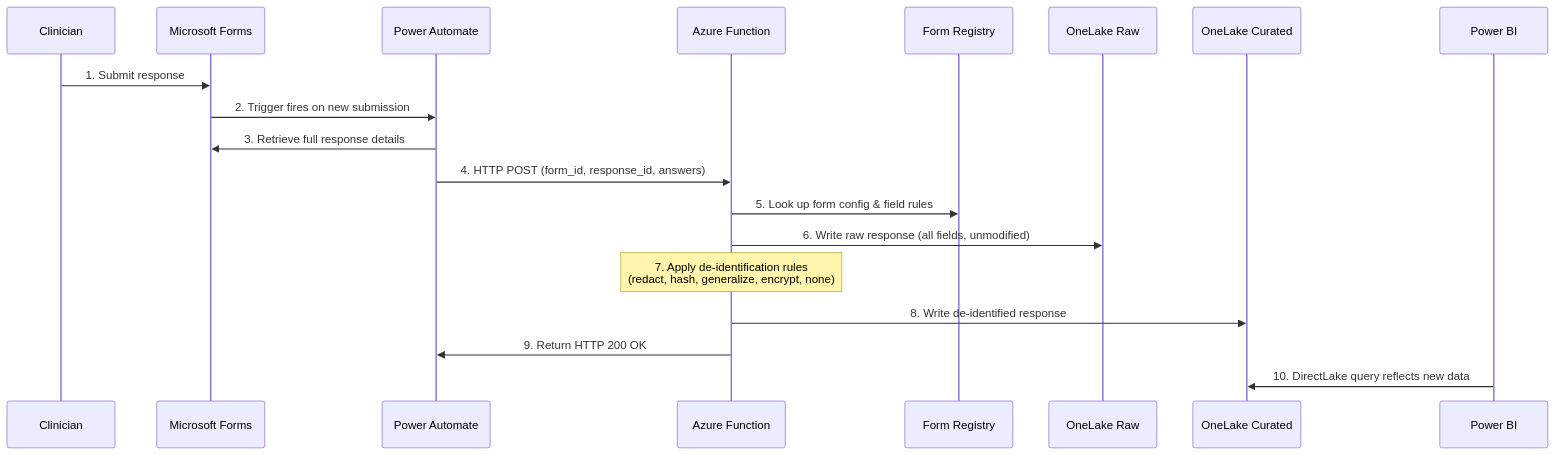
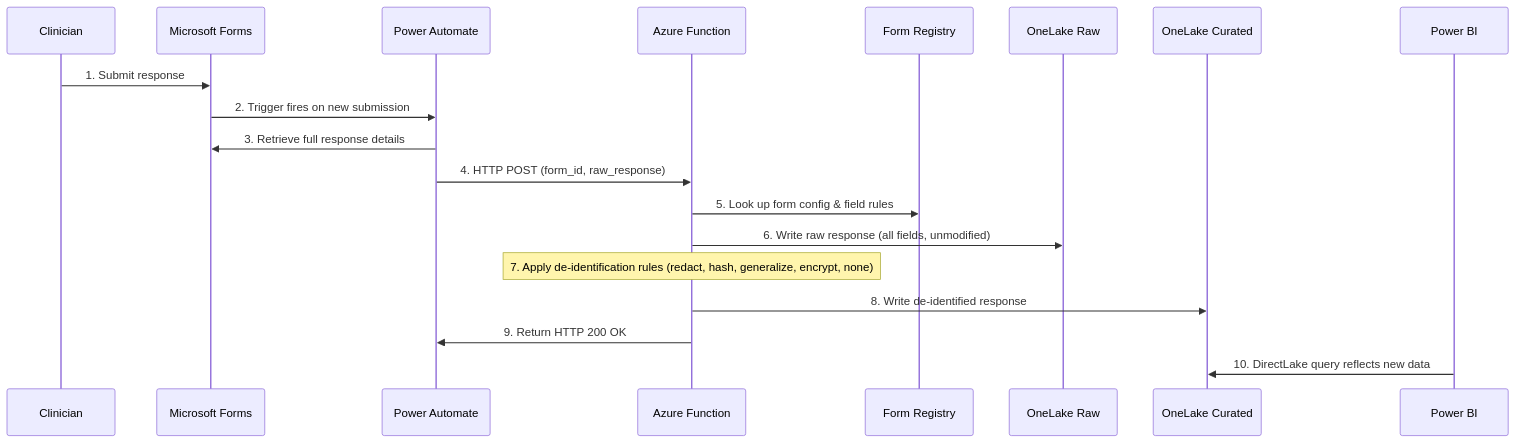
Before and after one commit to michaelhuot-msft/forms-to-fabric: the third of 5 diagrams in docs/architecture.md, drawn with Mermaid. The commit also changed other lines of this file and 12 other files, not shown here.

````diff
--- a/docs/architecture.md
+++ b/docs/architecture.md
@@ -110,22 +127,22 @@
 ```mermaid
 sequenceDiagram
     participant C as Clinician
     participant MF as Microsoft Forms
     participant PA as Power Automate
     participant AF as Azure Function
     participant FR as Form Registry
     participant Raw as OneLake Raw
     participant Cur as OneLake Curated
     participant PBI as Power BI
 
     C->>MF: 1. Submit response
     MF->>PA: 2. Trigger fires on new submission
     PA->>MF: 3. Retrieve full response details
-    PA->>AF: 4. HTTP POST (form_id, response_id, answers)
+    PA->>AF: 4. HTTP POST (form_id, raw_response)
     AF->>FR: 5. Look up form config & field rules
     AF->>Raw: 6. Write raw response (all fields, unmodified)
-    Note over AF: 7. Apply de-identification rules<br/>(redact, hash, generalize, encrypt, none)
+    Note over AF: 7. Apply de-identification rules (redact, hash, generalize, encrypt, none)
     AF->>Cur: 8. Write de-identified response
     AF->>PA: 9. Return HTTP 200 OK
     PBI->>Cur: 10. DirectLake query reflects new data
 ```
````
